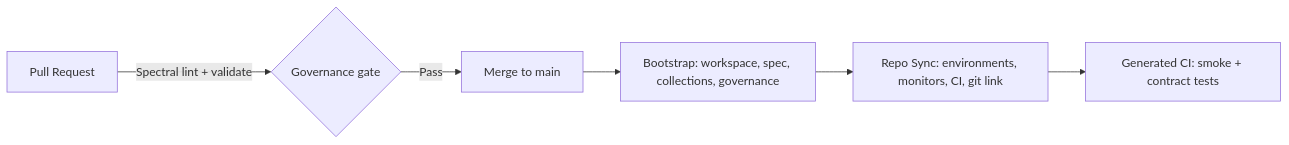
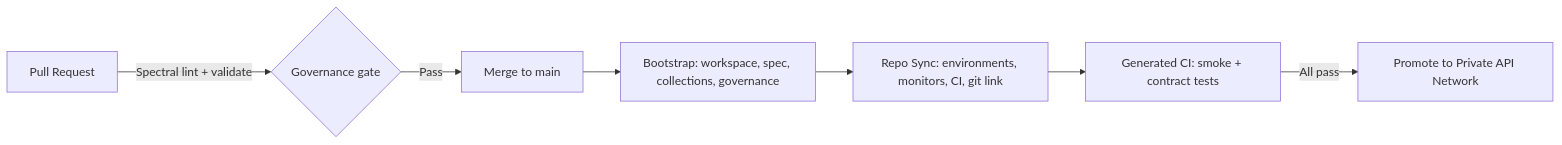
The second of 3 diagrams in README.md (shivemind/Cust-LIFE360-pipeline), drawn with Mermaid before and after one commit. The commit also changed other lines of this file and 3 other files, not shown here.

First line of the commit message:
feat: add Private API Network promotion workflow

````diff
--- a/README.md
+++ b/README.md
@@ -57,8 +59,9 @@
 ```mermaid
 flowchart LR
     PR["Pull Request"] -->|Spectral lint + validate| GATE{Governance gate}
     GATE -->|Pass| MERGE[Merge to main]
     MERGE --> BOOT["Bootstrap: workspace, spec, collections, governance"]
     BOOT --> SYNC["Repo Sync: environments, monitors, CI, git link"]
     SYNC --> CI["Generated CI: smoke + contract tests"]
+    CI -->|All pass| PAN["Promote to Private API Network"]
 ```
````
